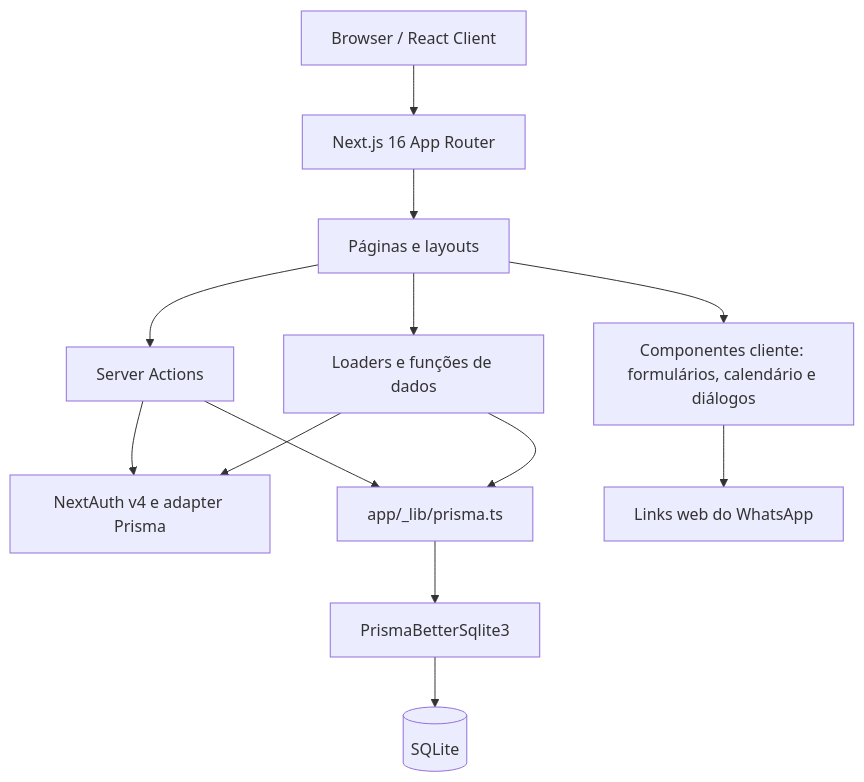
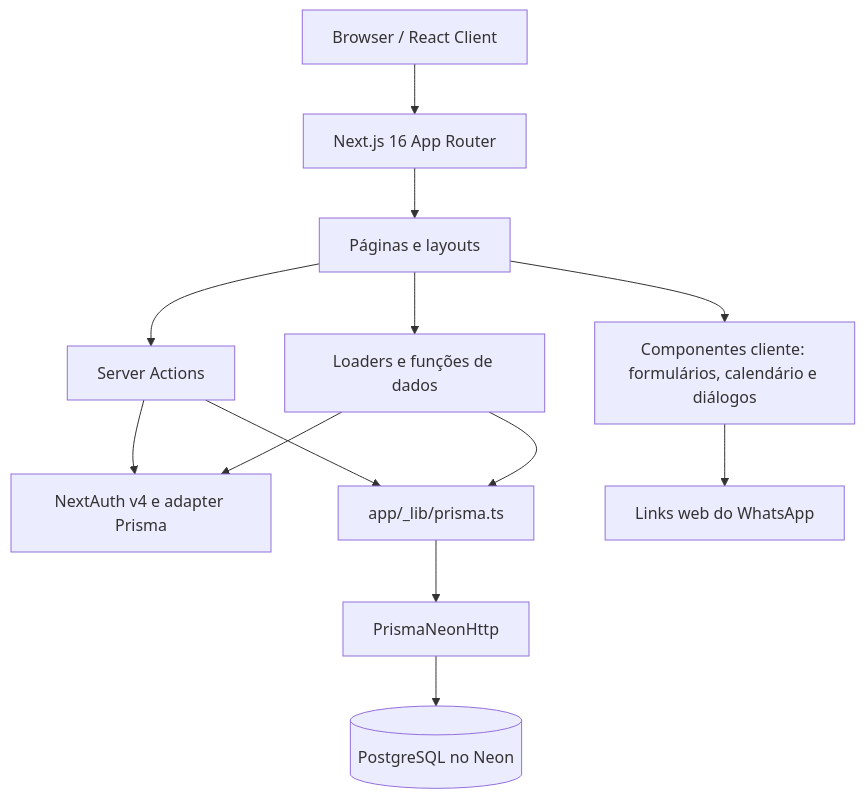
Before and after one commit to Freireteles-web-com-jsf2/Siltec-Barber: the third of 5 diagrams in docs/PRD-Siltec-Barber.md, drawn with Mermaid. The commit also changed other lines of this file and 16 other files, not shown here.

Commit message:
feat: migra SQLite para PostgreSQL no Neon com adapter HTTP

````diff
--- a/docs/PRD-Siltec-Barber.md
+++ b/docs/PRD-Siltec-Barber.md
@@ -364,26 +364,26 @@
 ```mermaid
 flowchart TB
   Browser[Browser / React Client]
   Next[Next.js 16 App Router]
   Pages[Páginas e layouts]
   Client[Componentes cliente: formulários, calendário e diálogos]
   Actions[Server Actions]
   Loaders[Loaders e funções de dados]
   Auth[NextAuth v4 e adapter Prisma]
   Prisma[app/_lib/prisma.ts]
-  Adapter[PrismaBetterSqlite3]
-  SQLite[(SQLite)]
+  Adapter[PrismaNeonHttp]
+  Postgres[(PostgreSQL no Neon)]
   WhatsApp[Links web do WhatsApp]
 
   Browser --> Next
   Next --> Pages
   Pages --> Client
   Pages --> Actions
   Pages --> Loaders
   Actions --> Auth
   Loaders --> Auth
   Actions --> Prisma
   Loaders --> Prisma
-  Prisma --> Adapter --> SQLite
+  Prisma --> Adapter --> Postgres
   Client --> WhatsApp
 ```
````
